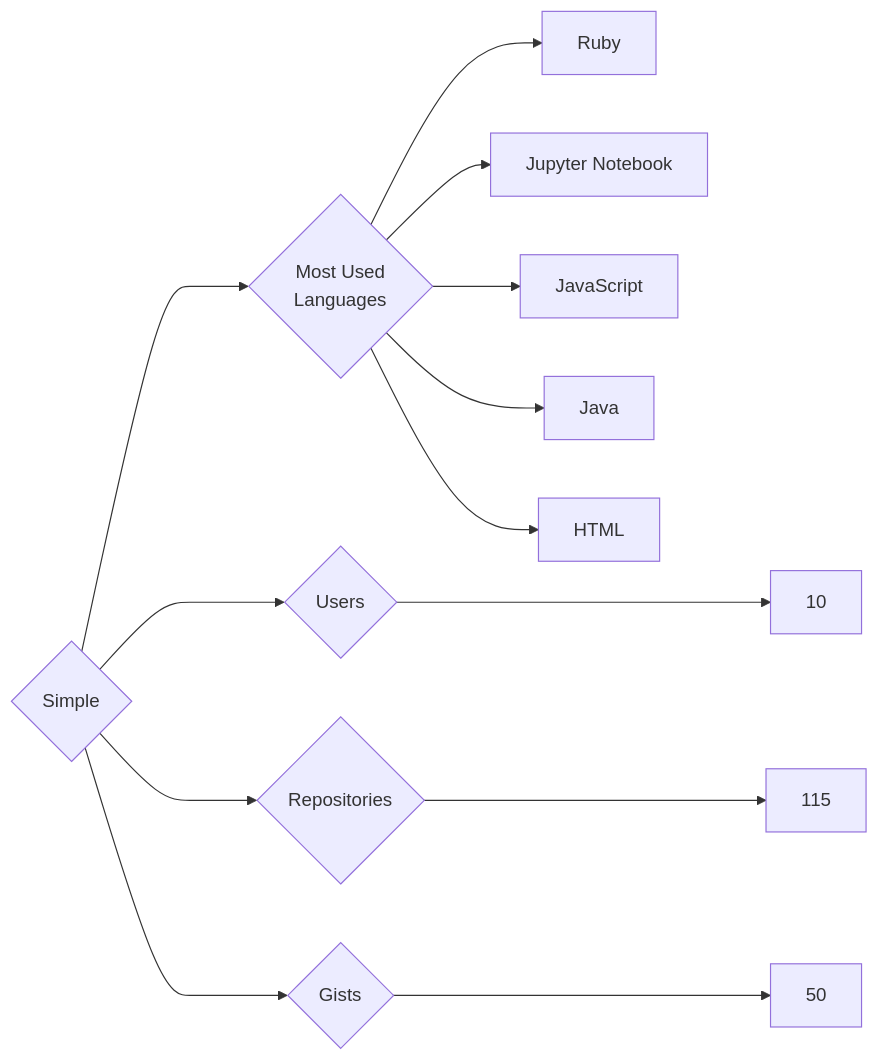
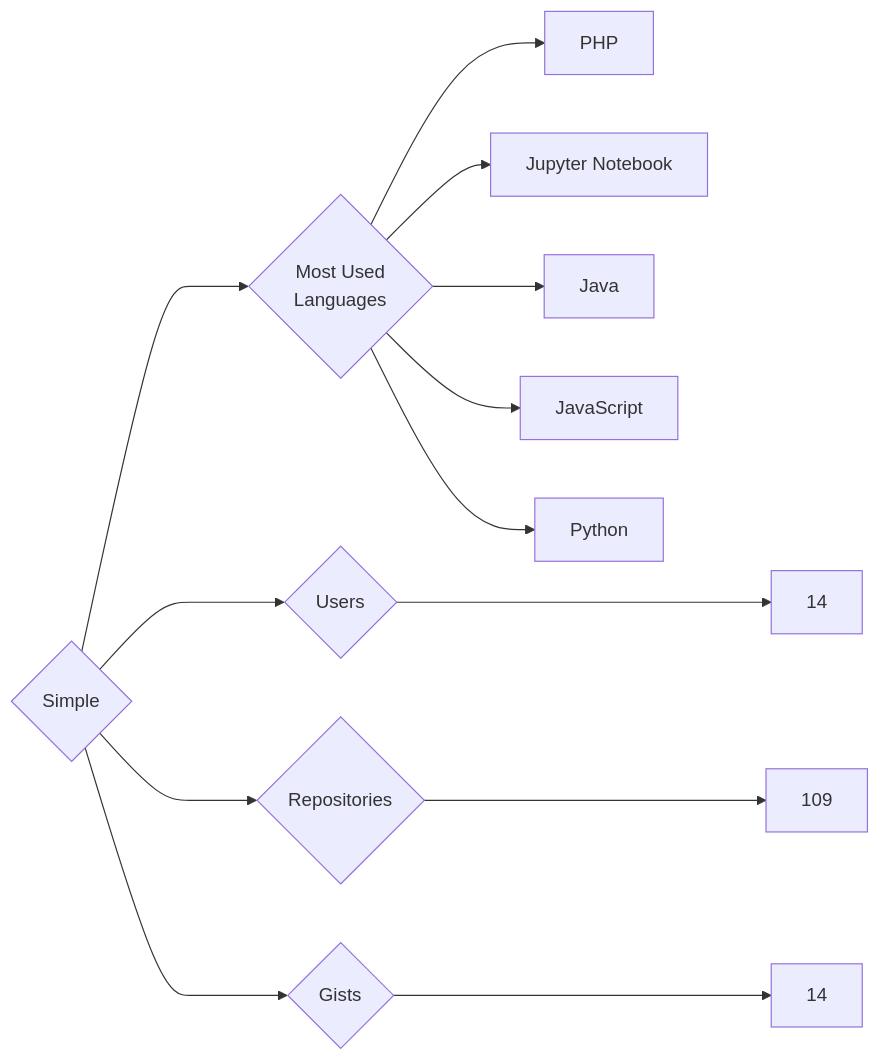
The diagram in targets/Simple/README.md (trickest/insiders), drawn with Mermaid before and after one commit. The commit also changed 903 other files, not shown here.

````diff
--- a/targets/Simple/README.md
+++ b/targets/Simple/README.md
@@ -3,13 +3,13 @@
 ```mermaid
 graph LR
 COMPANY_NAME{Simple}
-COMPANY_NAME ---> U{Users} ---> UN[10]
-COMPANY_NAME ---> R{Repositories} ---> RN[115]
-COMPANY_NAME ---> G{Gists} ---> GN[50]
+COMPANY_NAME ---> U{Users} ---> UN[14]
+COMPANY_NAME ---> R{Repositories} ---> RN[109]
+COMPANY_NAME ---> G{Gists} ---> GN[14]
 COMPANY_NAME ---> ML{Most Used<br>Languages}
-ML --> Ruby[Ruby]
+ML --> PHP[PHP]
 ML --> Jupyter_Notebook[Jupyter Notebook]
+ML --> Java[Java]
 ML --> JavaScript[JavaScript]
-ML --> Java[Java]
-ML --> HTML[HTML]
+ML --> Python[Python]
 ```
````
